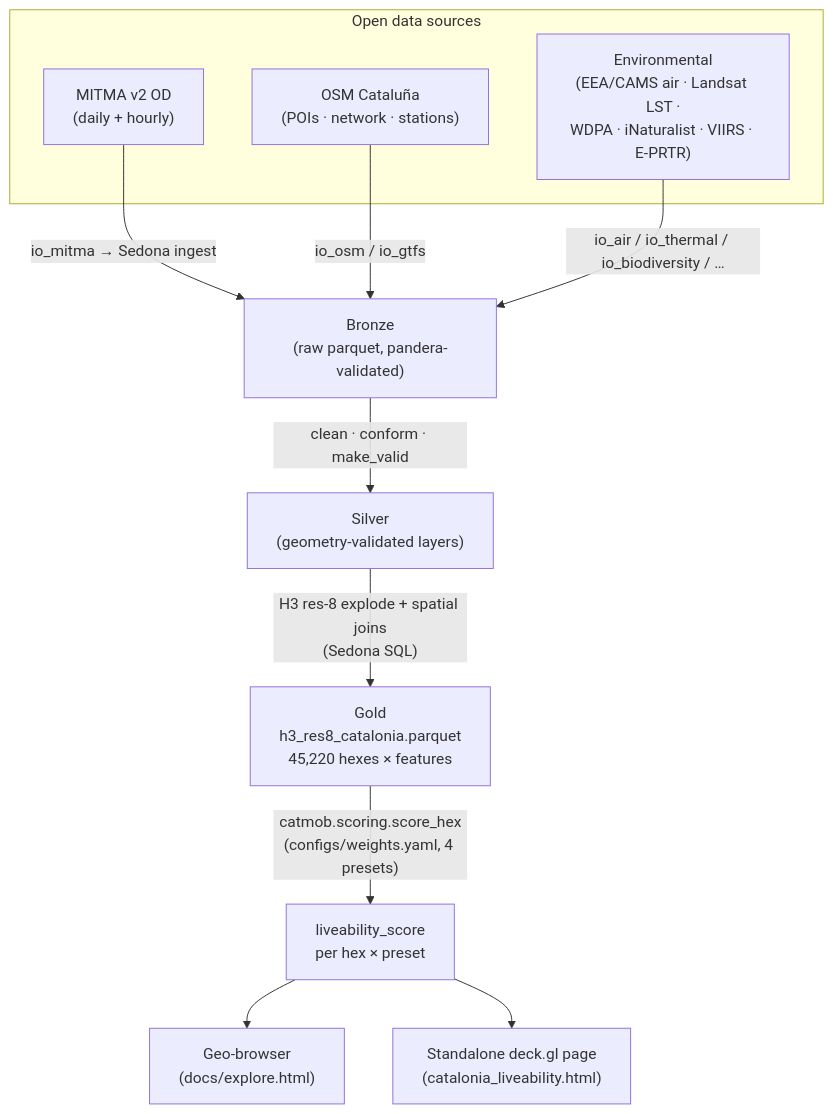
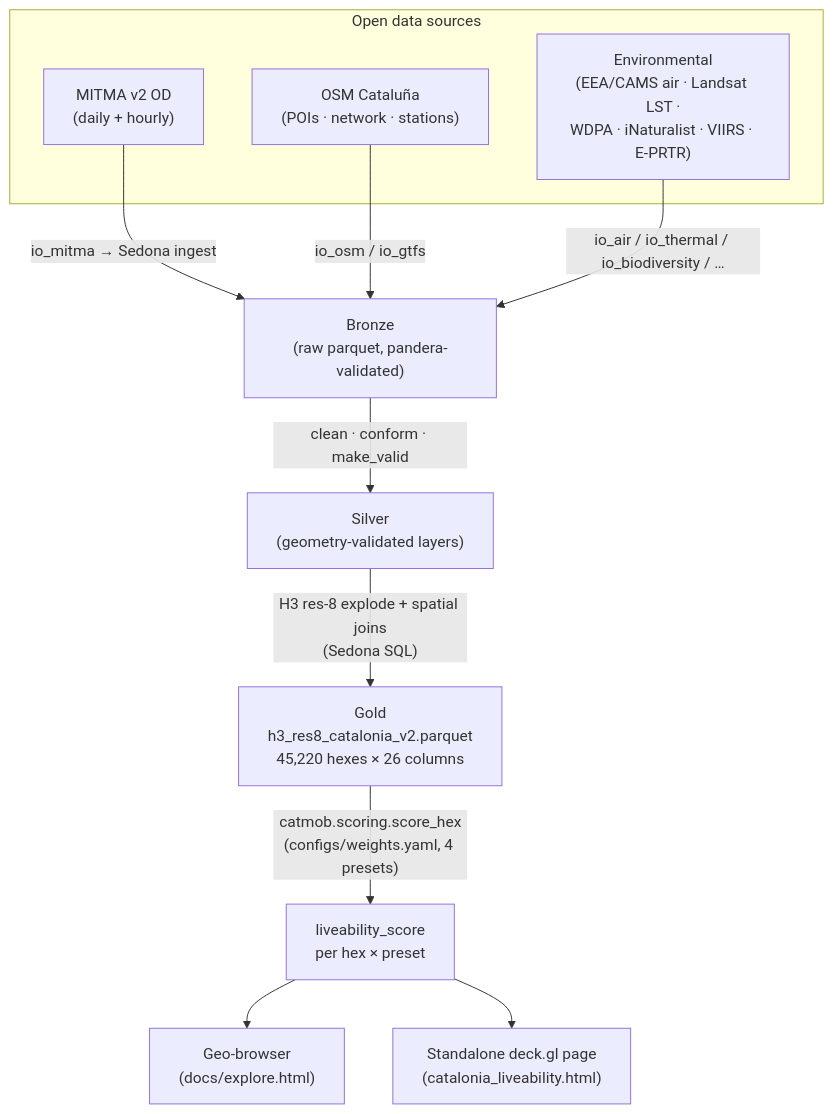
Before and after one commit to lunasilvestre/mitma-sedona: the diagram in README.md, drawn with Mermaid. The commit also changed other lines of this file and 10 other files, not shown here.

````diff
--- a/README.md
+++ b/README.md
@@ -51,19 +58,19 @@
 ```mermaid
 flowchart TD
     subgraph sources["Open data sources"]
         MITMA["MITMA v2 OD<br>(daily + hourly)"]
         OSM["OSM Cataluña<br>(POIs · network · stations)"]
         ENV["Environmental<br>(EEA/CAMS air · Landsat LST ·<br>WDPA · iNaturalist · VIIRS · E-PRTR)"]
     end
 
     MITMA -->|"io_mitma → Sedona ingest"| BRONZE["Bronze<br>(raw parquet, pandera-validated)"]
     OSM -->|"io_osm / io_gtfs"| BRONZE
     ENV -->|"io_air / io_thermal / io_biodiversity / …"| BRONZE
 
     BRONZE -->|"clean · conform · make_valid"| SILVER["Silver<br>(geometry-validated layers)"]
-    SILVER -->|"H3 res-8 explode + spatial joins<br>(Sedona SQL)"| GOLD["Gold<br>h3_res8_catalonia.parquet<br>45,220 hexes × features"]
+    SILVER -->|"H3 res-8 explode + spatial joins<br>(Sedona SQL)"| GOLD["Gold<br>h3_res8_catalonia_v2.parquet<br>45,220 hexes × 26 columns"]
 
     GOLD -->|"catmob.scoring.score_hex<br>(configs/weights.yaml, 4 presets)"| SCORE["liveability_score<br>per hex × preset"]
     SCORE --> BROWSER["Geo-browser<br>(docs/explore.html)"]
     SCORE --> DECK["Standalone deck.gl page<br>(catalonia_liveability.html)"]
 ```
````
